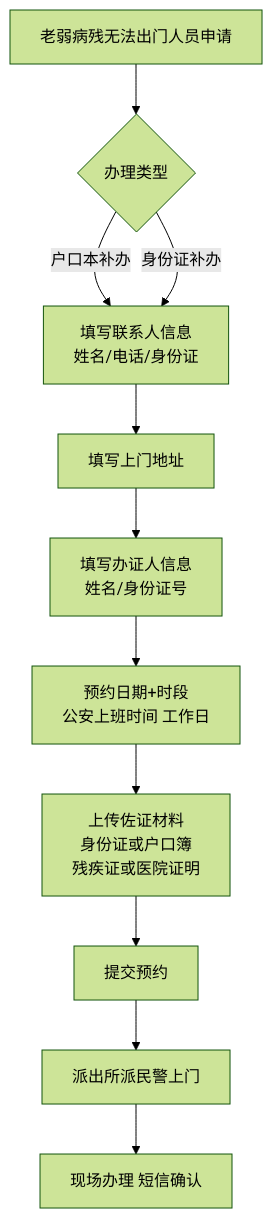
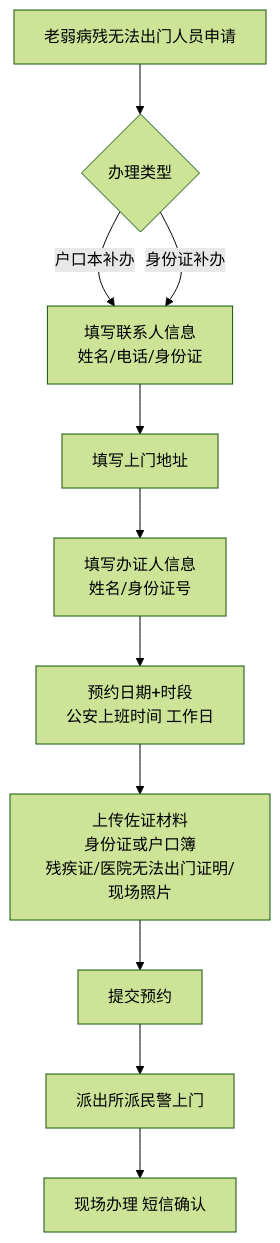
The ninth of 9 diagrams in 户政业务功能说明.md (ikid-zhang/linzhi-miniprogram-prototype), drawn with Mermaid (forest theme) before and after one commit. The commit also changed other lines of this file and 3 other files, not shown here.

````diff
--- a/户政业务功能说明.md
+++ b/户政业务功能说明.md
@@ -434,12 +465,12 @@
 ```mermaid
 flowchart TD
     A[老弱病残无法出门人员申请] --> B{办理类型}
     B -->|户口本补办| B1
     B -->|身份证补办| B1
     B1[填写联系人信息<br/>姓名/电话/身份证] --> C[填写上门地址]
     C --> D[填写办证人信息<br/>姓名/身份证号]
     D --> E[预约日期+时段<br/>公安上班时间 工作日]
-    E --> F[上传佐证材料<br/>身份证或户口簿<br/>残疾证或医院证明]
+    E --> F[上传佐证材料<br/>身份证或户口簿<br/>残疾证/医院无法出门证明/现场照片]
     F --> G[提交预约] --> H[派出所派民警上门]
     H --> I[现场办理 短信确认]
 ```
````
